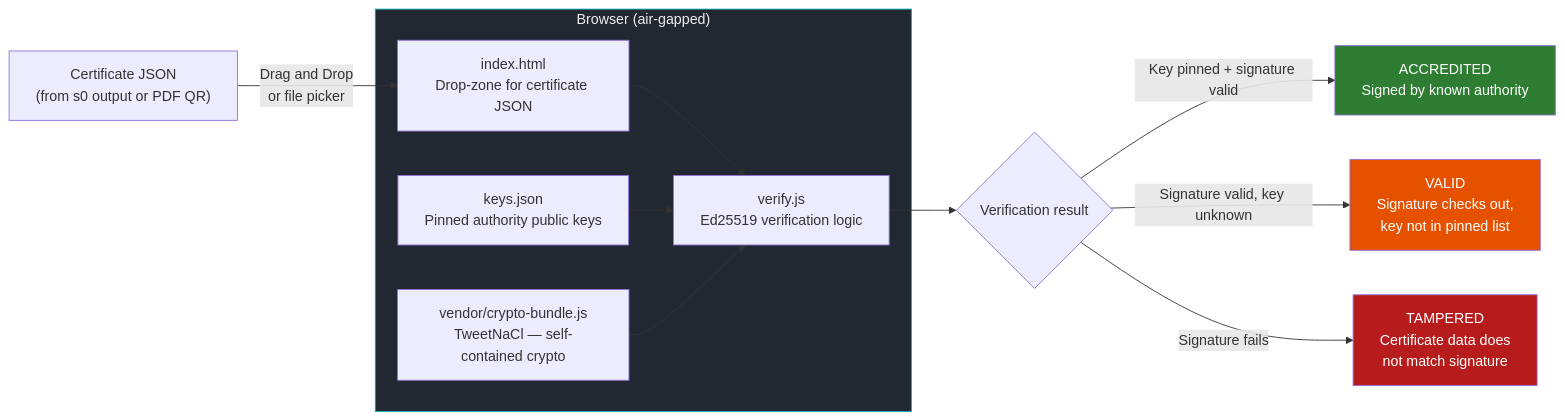
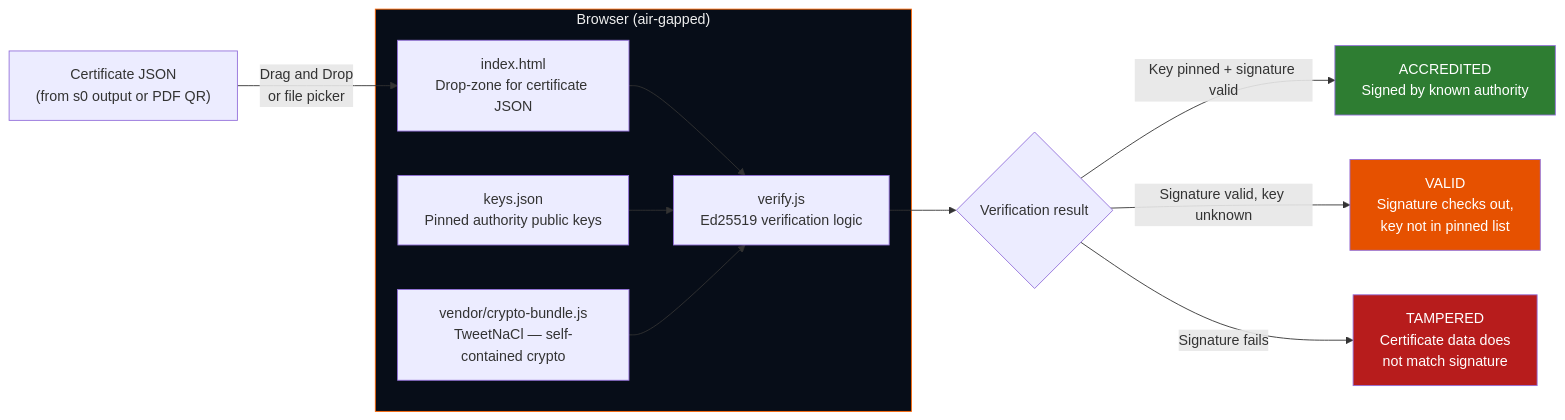
The sixth of 6 diagrams in docs/architecture/system-architecture.md (kartik2005221/s0), drawn with Mermaid before and after one commit. The commit also changed other lines of this file, not shown here.

Commit message:
docs(architecture): update tool_version to v2.4.3 and align palette

````diff
--- a/docs/architecture/system-architecture.md
+++ b/docs/architecture/system-architecture.md
@@ -678,24 +678,24 @@
 ```mermaid
 flowchart LR
     subgraph BROWSER["Browser (air-gapped)"]
         HTML["index.html\nDrop-zone for certificate JSON"]
         JS["verify.js\nEd25519 verification logic"]
         BUNDLE["vendor/crypto-bundle.js\nTweetNaCl — self-contained crypto"]
         KEYS["keys.json\nPinned authority public keys"]
     end
 
     CERT["Certificate JSON\n(from s0 output or PDF QR)"] -->|"Drag and Drop\nor file picker"| HTML
     HTML --> JS
     KEYS --> JS
     BUNDLE --> JS
 
     JS --> RESULT{"Verification result"}
     RESULT -- "Key pinned + signature valid" --> GREEN["ACCREDITED\nSigned by known authority"]
     RESULT -- "Signature valid, key unknown" --> AMBER["VALID\nSignature checks out,\nkey not in pinned list"]
     RESULT -- "Signature fails" --> RED["TAMPERED\nCertificate data does\nnot match signature"]
 
     style GREEN fill:#2e7d32,color:#fff
     style AMBER fill:#e65100,color:#fff
     style RED fill:#b71c1c,color:#fff
-    style BROWSER fill:#222831,color:#EEEEEE,stroke:#00ADB5
+    style BROWSER fill:#070D18,color:#EEEEEE,stroke:#FF6500
 ```
````
